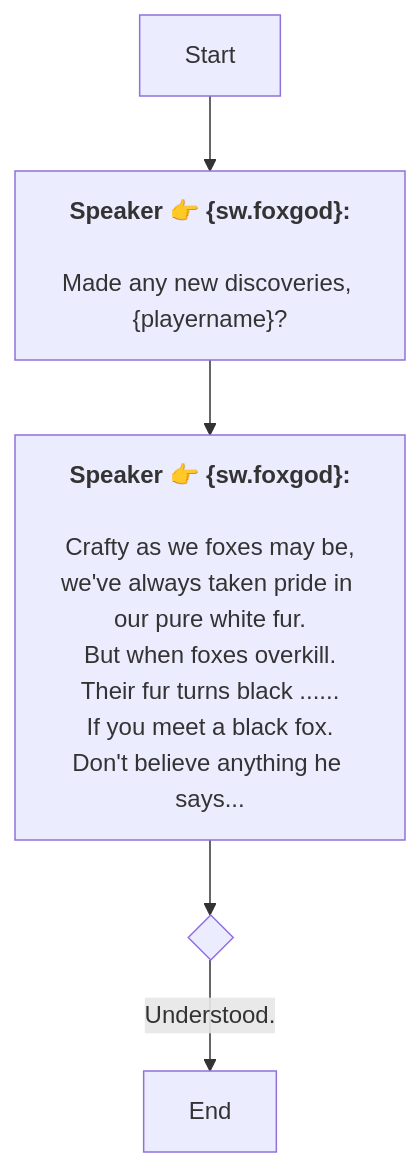
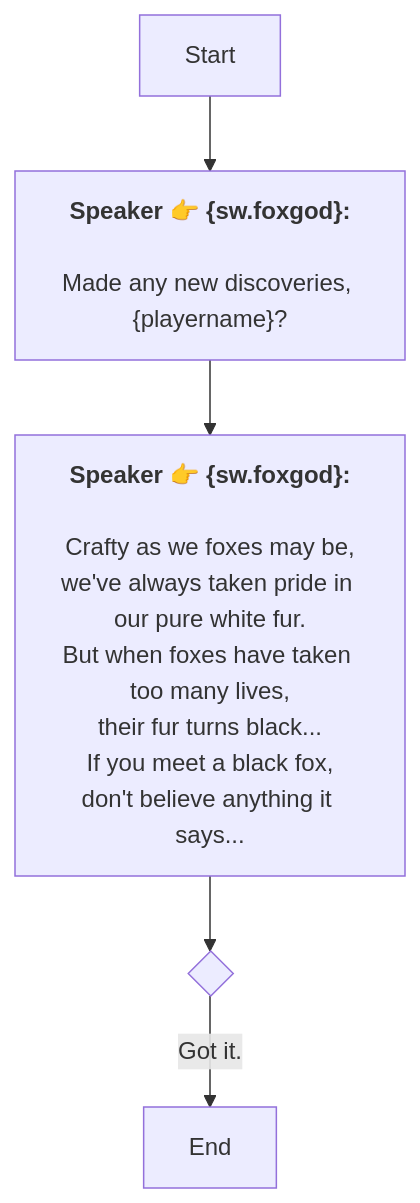
Before and after one commit to SoftHu/tos_avg: the diagram in En/QuestTalkObjectiveNode_1761996296966827.md, drawn with Mermaid. The commit also changed 312 other files, not shown here.

````diff
--- a/En/QuestTalkObjectiveNode_1761996296966827.md
+++ b/En/QuestTalkObjectiveNode_1761996296966827.md
@@ -1,17 +1,17 @@
 ```mermaid
 graph
 Start -->1761996905918126[<b>Speaker 👉 &lbrace;sw.foxgod&rbrace;:</b>
 
 Made any new discoveries, &lbrace;playername&rbrace;?]
 1761996905918126 -->1761996951600820[<b>Speaker 👉 &lbrace;sw.foxgod&rbrace;:</b>
 
 Crafty as we foxes may be,
 we've always taken pride in our pure white fur.
-But when foxes overkill.
-Their fur turns black ......
-If you meet a black fox.
-Don't believe anything he says...]
+But when foxes have taken too many lives,
+their fur turns black...
+If you meet a black fox,
+don't believe anything it says...]
 1761996951600820 -->1766955653325709{ }
-1766955653325709 -->|Understood.|1761997069046461[End]
+1766955653325709 -->|Got it.|1761997069046461[End]
 
  ```
````
